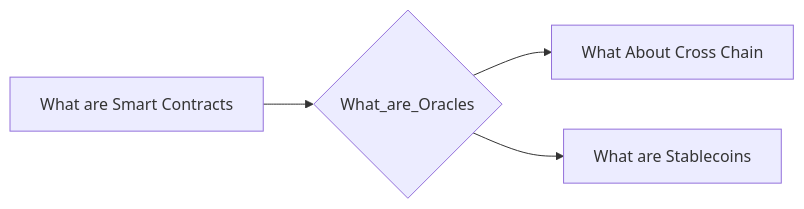
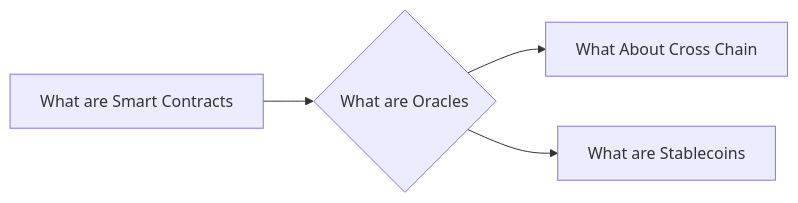
The diagram in notes/What_are_Oracles.md (lpurdy01/crypto-knowledge-map), drawn with Mermaid before and after one commit. The commit also changed 58 other files, not shown here.

````diff
--- a/notes/What_are_Oracles.md
+++ b/notes/What_are_Oracles.md
@@ -6,6 +6,6 @@
 ```mermaid
 graph LR
-1["What are Smart Contracts"]-->0{"What_are_Oracles"}
-0{"What_are_Oracles"}-->2["What About Cross Chain"]
-0{"What_are_Oracles"}-->3["What are Stablecoins"]
+1["What are Smart Contracts"]-->0{"What are Oracles"}
+0{"What are Oracles"}-->2["What About Cross Chain"]
+0{"What are Oracles"}-->3["What are Stablecoins"]
 ```
````
